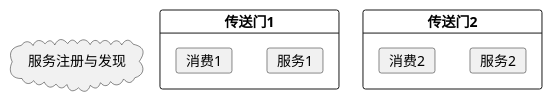
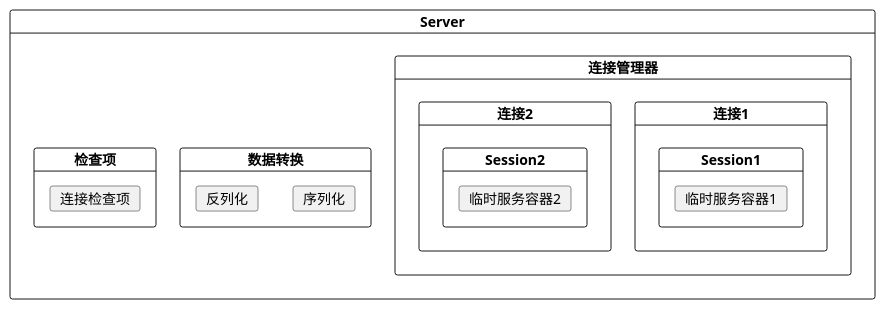
The diagram in doc/puml/architecture.puml (mrhanhan/portal), drawn with PlantUML before and after one commit. The commit also changed 37 other files, not shown here.

```diff
--- a/doc/puml/architecture.puml
+++ b/doc/puml/architecture.puml
@@ -1,21 +1,30 @@
 @startuml
 
-card 传送门1 {
-    card 服务1
-    card 消费1
-}
+card Server {
+    card 连接管理器 {
+        card 连接1 {
+            card Session1 {
+                card 临时服务容器1
+            }
+        }
+        card 连接2 {
+            card Session2 {
+                card 临时服务容器2
+            }
+        }
+    }
 
-card 传送门2 {
-    card 服务2
-    card 消费2
-}
+    card 数据转换 {
+        card 序列化
+        card 反列化
+    }
 
-cloud 服务注册与发现 {
+    card 检查项 {
+        card 连接检查项 {
+
+        }
+    }
 
 }
 
-
-
-
-
 @enduml
```
